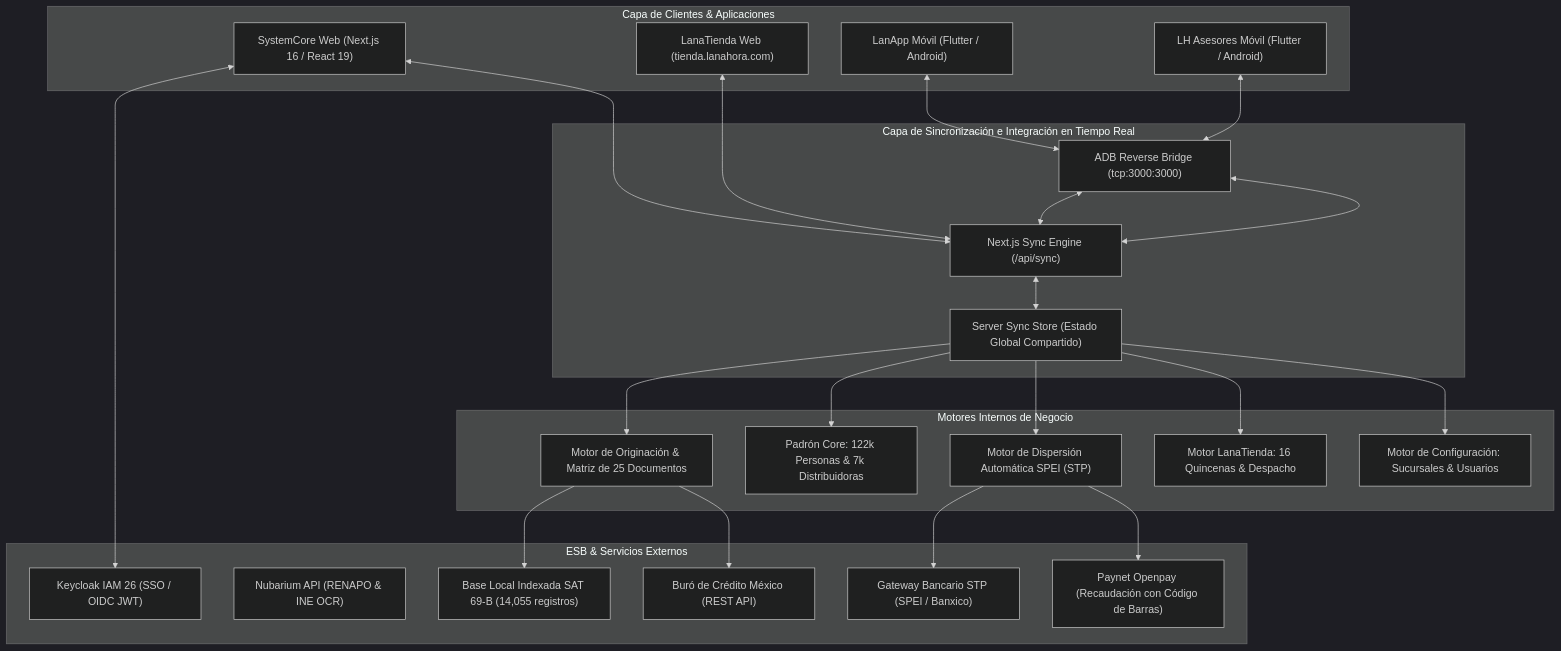
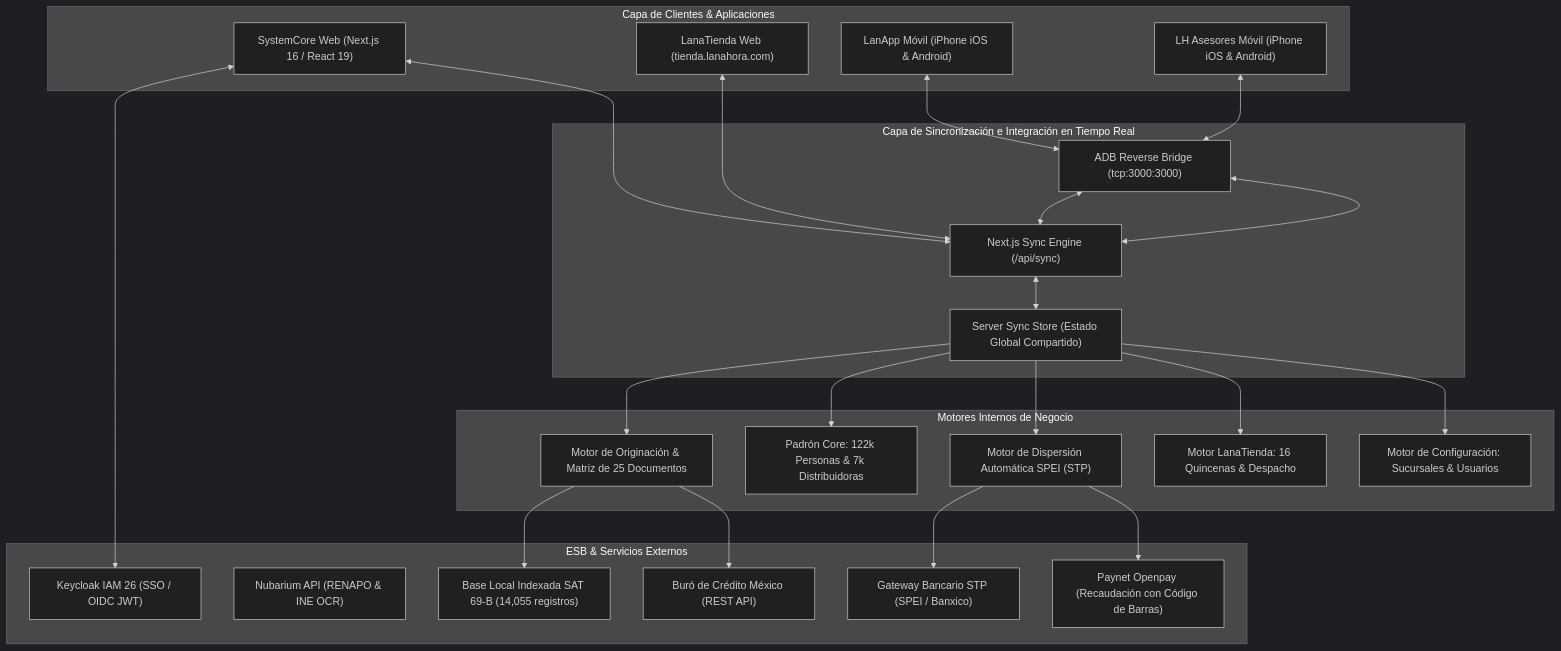
One commit to CarlosMartinezLH/SystemCore_LH changed the diagram in README.md. Above: the diagram before and after it, drawn with Mermaid (dark theme). The commit also changed other lines of this file and 4 other files, not shown here.

Commit message:
docs: especificar compatibilidad multiplataforma nativa para Apple iPhone (iOS) y Google Android en todos los documentos

````diff
--- a/README.md
+++ b/README.md
@@ -40,50 +41,50 @@
 ```mermaid
 flowchart TD
     subgraph Clientes ["Capa de Clientes & Aplicaciones"]
         WEB["SystemCore Web (Next.js 16 / React 19)"]
         TIENDA["LanaTienda Web (tienda.lanahora.com)"]
-        APP_ADV["LH Asesores Móvil (Flutter / Android)"]
-        APP_LAN["LanApp Móvil (Flutter / Android)"]
+        APP_ADV["LH Asesores Móvil (iPhone iOS & Android)"]
+        APP_LAN["LanApp Móvil (iPhone iOS & Android)"]
     end
 
     subgraph SyncBus ["Capa de Sincronización e Integración en Tiempo Real"]
         API_SYNC["Next.js Sync Engine (/api/sync)"]
         STORE["Server Sync Store (Estado Global Compartido)"]
         ADB_REV["ADB Reverse Bridge (tcp:3000:3000)"]
     end
 
     subgraph MotoresCore ["Motores Internos de Negocio"]
         CRM_ENG["Motor de Originación & Matriz de 25 Documentos"]
         PADRON_ENG["Padrón Core: 122k Personas & 7k Distribuidoras"]
         STP_ENG["Motor de Dispersión Automática SPEI (STP)"]
         TIENDA_ENG["Motor LanaTienda: 16 Quincenas & Despacho"]
         CONFIG_ENG["Motor de Configuración: Sucursales & Usuarios"]
     end
 
     subgraph IntegracionesESB ["ESB & Servicios Externos"]
         KEYCLOAK["Keycloak IAM 26 (SSO / OIDC JWT)"]
         NUBARIUM["Nubarium API (RENAPO & INE OCR)"]
         SAT_DB["Base Local Indexada SAT 69-B (14,055 registros)"]
         BURO["Buró de Crédito México (REST API)"]
         STP_SPEI["Gateway Bancario STP (SPEI / Banxico)"]
         PAYNET["Paynet Openpay (Recaudación con Código de Barras)"]
     end
 
     WEB <--> API_SYNC
     TIENDA <--> API_SYNC
     APP_LAN <--> ADB_REV <--> API_SYNC
     APP_ADV <--> ADB_REV <--> API_SYNC
 
     API_SYNC <--> STORE
     STORE --> CRM_ENG
     STORE --> PADRON_ENG
     STORE --> STP_ENG
     STORE --> TIENDA_ENG
     STORE --> CONFIG_ENG
 
     CRM_ENG --> SAT_DB
     CRM_ENG --> BURO
     STP_ENG --> STP_SPEI
     STP_ENG --> PAYNET
     WEB <--> KEYCLOAK
 ```
````
